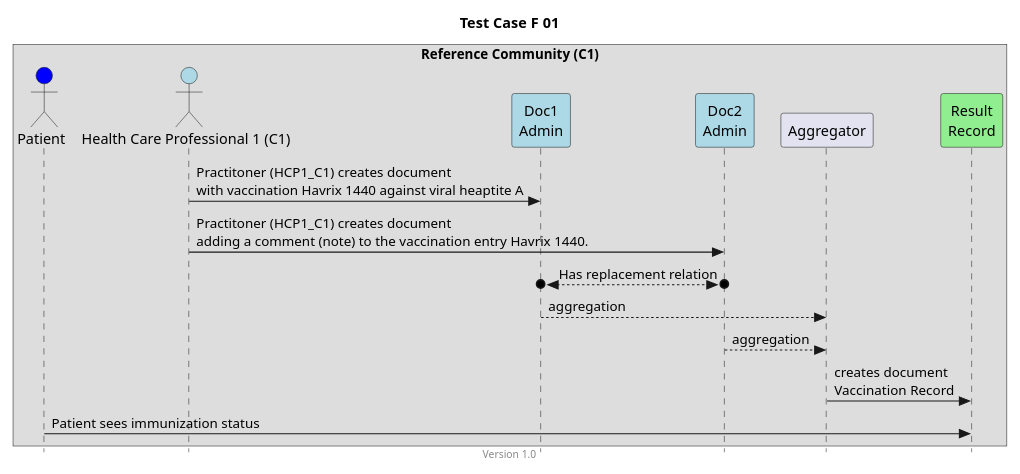
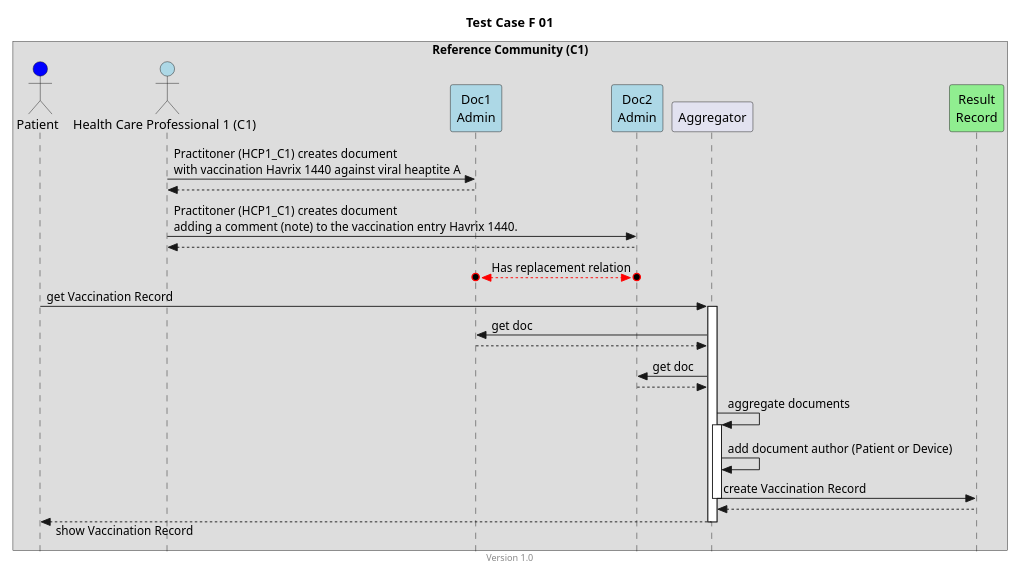
Before and after one commit to hl7ch/ch-vacd: the diagram in input/images-source/TCF01.plantuml, drawn with PlantUML. The commit also changed 17 other files, not shown here.

Commit message:
#190 rework the seq diagrams

```diff
--- a/input/images-source/TCF01.plantuml
+++ b/input/images-source/TCF01.plantuml
@@ -1,31 +1,46 @@
 @startuml
 title Test Case F 01
 footer Version 1.0
 skinparam responseMessageBelowArrow true
 skinparam style strictuml
 scale max 800 width
 
 
 box "Reference Community (C1)"
 actor "Patient" as PAT #blue
 actor "Health Care Professional 1 (C1)" as HCP1_C1 #lightblue
 participant "Doc1\nAdmin" as Doc1 #lightblue
 participant "Doc2\nAdmin" as Doc2 #lightblue
 participant Aggregator as AGG
 participant "Result\nRecord" as RES #lightgreen
 end box
 
 HCP1_C1 -> Doc1: Practitoner (HCP1_C1) creates document\nwith vaccination Havrix 1440 against viral heaptite A
+HCP1_C1 <-- Doc1
 
 HCP1_C1 -> Doc2: Practitoner (HCP1_C1) creates document\nadding a comment (note) to the vaccination entry Havrix 1440.
+HCP1_C1 <-- Doc2
 
+Doc2 o<-[#red]->o Doc1: Has replacement relation
 
-Doc2 o<-->o Doc1: Has replacement relation
+PAT -> AGG: get Vaccination Record
+activate AGG
 
-Doc1 --> AGG: aggregation
-Doc2 --> AGG: aggregation
-AGG -> RES: creates document\nVaccination Record 
-PAT -> RES: Patient sees immunization status
+AGG -> Doc1: get doc
+AGG <-- Doc1
+
+AGG -> Doc2: get doc
+AGG <-- Doc2
+ 
+AGG -> AGG: aggregate documents 
+activate AGG
+AGG -> AGG: add document author (Patient or Device)
+AGG -> RES: create Vaccination Record
+deactivate AGG
+AGG <-- RES
+
+PAT <-- AGG: show Vaccination Record
+deactivate AGG
 
 
 @enduml
```
